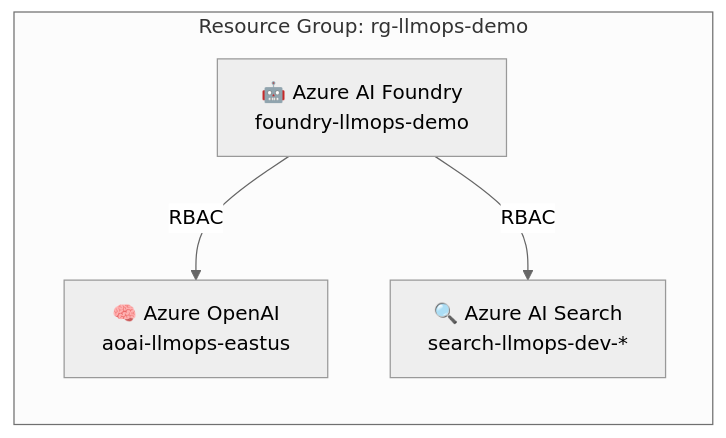
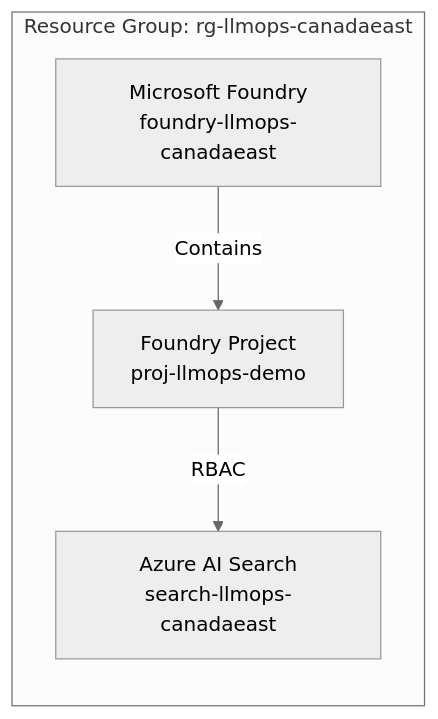
Before and after one commit to ritwickmicrosoft/llmops-workshop-demo-foundry: the third of 3 diagrams in README.md, drawn with Mermaid (neutral theme). The commit also changed other lines of this file and 11 other files, not shown here.

First line of the commit message:
Migrate to Microsoft Foundry (Canada East) - No separate Azure OpenAI required

````diff
--- a/README.md
+++ b/README.md
@@ -266,11 +246,11 @@
 ```mermaid
 graph LR
-    subgraph RG["Resource Group: rg-llmops-demo"]
-        A["🤖 Azure AI Foundry<br/>foundry-llmops-demo"]
-        B["🧠 Azure OpenAI<br/>aoai-llmops-eastus"]
-        C["🔍 Azure AI Search<br/>search-llmops-dev-*"]
+    subgraph RG["Resource Group: rg-llmops-canadaeast"]
+        A["Microsoft Foundry<br/>foundry-llmops-canadaeast"]
+        B["Foundry Project<br/>proj-llmops-demo"]
+        C["Azure AI Search<br/>search-llmops-canadaeast"]
     end
     
-    A -->|"RBAC"| B
-    A -->|"RBAC"| C
+    A -->|"Contains"| B
+    B -->|"RBAC"| C
 ```
````
